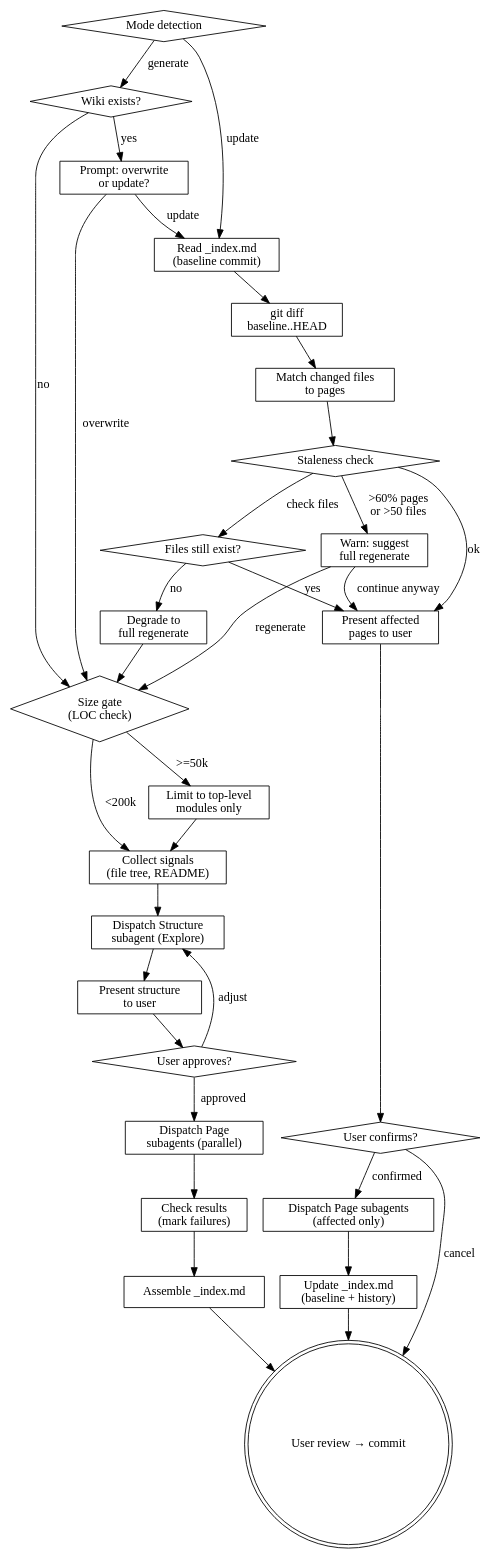
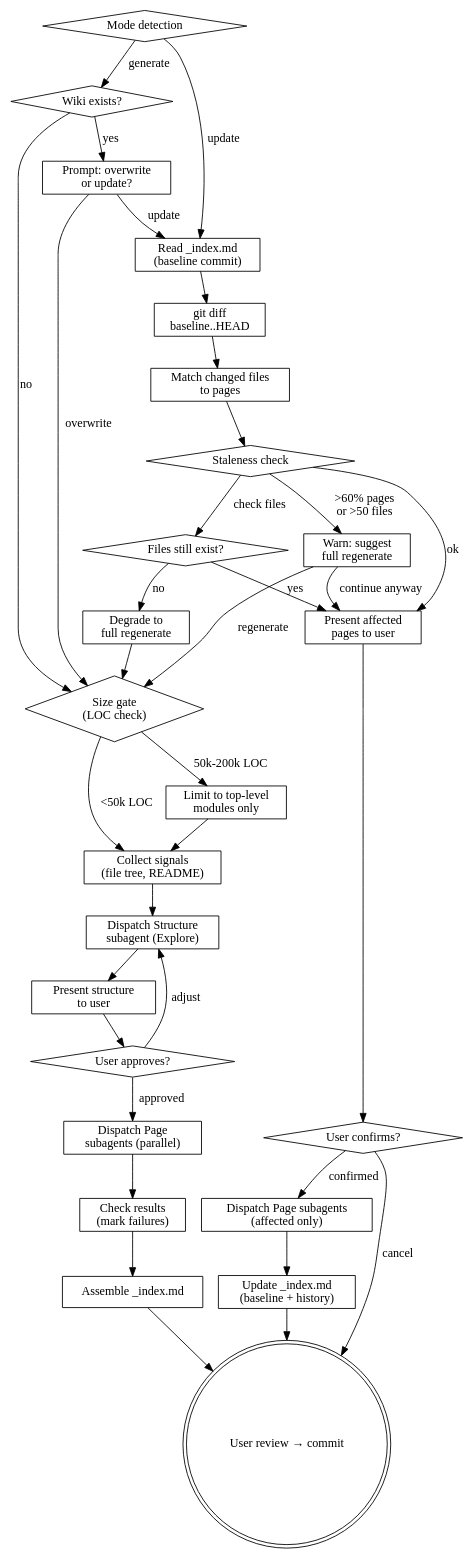
One commit to knotmark-ai/devmuse changed the diagram in skills/mu-wiki/SKILL.md. Above: the diagram before and after it, drawn with Graphviz. The commit also changed 2 other files, not shown here.

Commit message:
fix: address review issues for mu-wiki implementation
1. Add mu-wiki to mu-route on-demand pointer list with trigger phrases
2. Update architecture.md templates listing (add wiki-index.md, architecture.md)
3. Fix size gate DOT diagram edge labels to match threshold table

````diff
--- a/skills/mu-wiki/SKILL.md
+++ b/skills/mu-wiki/SKILL.md
@@ -37,70 +37,70 @@
 ```dot
 digraph mu_wiki {
     rankdir=TB;
 
     // Generate flow
     "Mode detection" [shape=diamond];
     "Wiki exists?" [shape=diamond];
     "Prompt: overwrite\nor update?" [shape=box];
     "Size gate\n(LOC check)" [shape=diamond];
     "Limit to top-level\nmodules only" [shape=box];
     "Collect signals\n(file tree, README)" [shape=box];
     "Dispatch Structure\nsubagent (Explore)" [shape=box];
     "Present structure\nto user" [shape=box];
     "User approves?" [shape=diamond];
     "Dispatch Page\nsubagents (parallel)" [shape=box];
     "Check results\n(mark failures)" [shape=box];
     "Assemble _index.md" [shape=box];
     "User review → commit" [shape=doublecircle];
 
     // Update flow
     "Read _index.md\n(baseline commit)" [shape=box];
     "git diff\nbaseline..HEAD" [shape=box];
     "Match changed files\nto pages" [shape=box];
     "Staleness check" [shape=diamond];
     "Warn: suggest\nfull regenerate" [shape=box];
     "Files still exist?" [shape=diamond];
     "Degrade to\nfull regenerate" [shape=box];
     "Present affected\npages to user" [shape=box];
     "User confirms?" [shape=diamond];
     "Dispatch Page subagents\n(affected only)" [shape=box];
     "Update _index.md\n(baseline + history)" [shape=box];
 
     "Mode detection" -> "Wiki exists?" [label="generate"];
     "Mode detection" -> "Read _index.md\n(baseline commit)" [label="update"];
 
     "Wiki exists?" -> "Size gate\n(LOC check)" [label="no"];
     "Wiki exists?" -> "Prompt: overwrite\nor update?" [label="yes"];
     "Prompt: overwrite\nor update?" -> "Size gate\n(LOC check)" [label="overwrite"];
     "Prompt: overwrite\nor update?" -> "Read _index.md\n(baseline commit)" [label="update"];
 
-    "Size gate\n(LOC check)" -> "Collect signals\n(file tree, README)" [label="<200k"];
-    "Size gate\n(LOC check)" -> "Limit to top-level\nmodules only" [label=">=50k"];
+    "Size gate\n(LOC check)" -> "Collect signals\n(file tree, README)" [label="<50k LOC"];
+    "Size gate\n(LOC check)" -> "Limit to top-level\nmodules only" [label="50k-200k LOC"];
     "Limit to top-level\nmodules only" -> "Collect signals\n(file tree, README)";
     "Collect signals\n(file tree, README)" -> "Dispatch Structure\nsubagent (Explore)";
     "Dispatch Structure\nsubagent (Explore)" -> "Present structure\nto user";
     "Present structure\nto user" -> "User approves?";
     "User approves?" -> "Dispatch Structure\nsubagent (Explore)" [label="adjust"];
     "User approves?" -> "Dispatch Page\nsubagents (parallel)" [label="approved"];
     "Dispatch Page\nsubagents (parallel)" -> "Check results\n(mark failures)";
     "Check results\n(mark failures)" -> "Assemble _index.md";
     "Assemble _index.md" -> "User review → commit";
 
     "Read _index.md\n(baseline commit)" -> "git diff\nbaseline..HEAD";
     "git diff\nbaseline..HEAD" -> "Match changed files\nto pages";
     "Match changed files\nto pages" -> "Staleness check";
     "Staleness check" -> "Present affected\npages to user" [label="ok"];
     "Staleness check" -> "Warn: suggest\nfull regenerate" [label=">60% pages\nor >50 files"];
     "Warn: suggest\nfull regenerate" -> "Present affected\npages to user" [label="continue anyway"];
     "Warn: suggest\nfull regenerate" -> "Size gate\n(LOC check)" [label="regenerate"];
     "Staleness check" -> "Files still exist?" [label="check files"];
     "Files still exist?" -> "Present affected\npages to user" [label="yes"];
     "Files still exist?" -> "Degrade to\nfull regenerate" [label="no"];
     "Degrade to\nfull regenerate" -> "Size gate\n(LOC check)";
     "Present affected\npages to user" -> "User confirms?";
     "User confirms?" -> "Dispatch Page subagents\n(affected only)" [label="confirmed"];
     "User confirms?" -> "User review → commit" [label="cancel"];
     "Dispatch Page subagents\n(affected only)" -> "Update _index.md\n(baseline + history)";
     "Update _index.md\n(baseline + history)" -> "User review → commit";
 }
 ```
````
